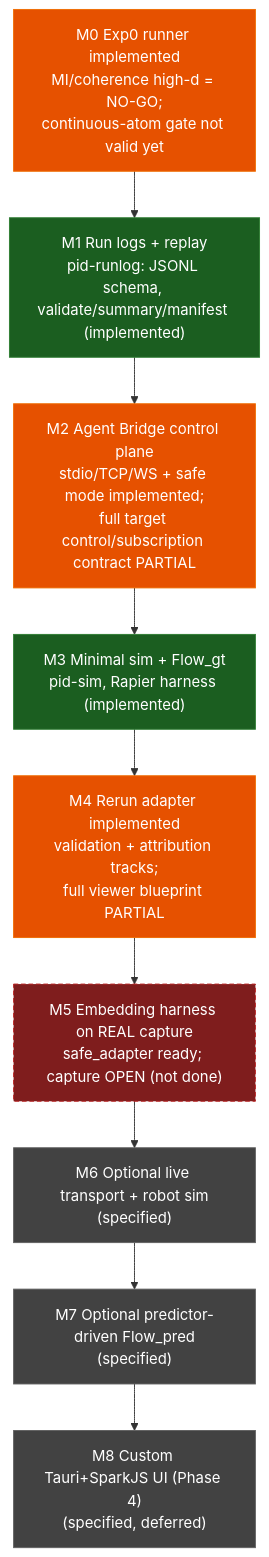
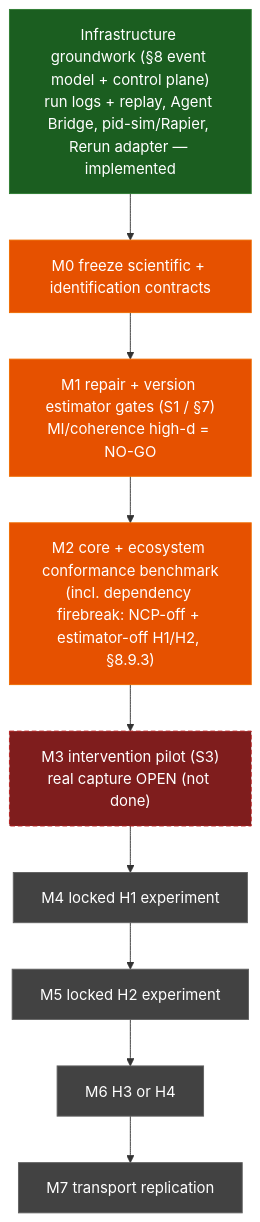
The third of 18 diagrams in DIAGRAMS.md (sepahead/prisoma), drawn with Mermaid before and after one commit. The commit also changed other lines of this file and 22 other files, not shown here.

````diff
--- a/DIAGRAMS.md
+++ b/DIAGRAMS.md
@@ -103,19 +103,20 @@
 ```mermaid
 flowchart TD
     classDef done fill:#1b5e20,stroke:#2e7d32,color:#fff;
     classDef partial fill:#e65100,stroke:#ef6c00,color:#fff;
     classDef active fill:#7f1d1d,stroke:#b71c1c,color:#fff,stroke-dasharray:5 3;
     classDef spec fill:#424242,stroke:#616161,color:#fff;
 
-    M0["M0 Exp0 runner implemented<br/>MI/coherence high-d = NO-GO;<br/>continuous-atom gate not valid yet"]:::partial
-    M1["M1 Run logs + replay<br/>pid-runlog: JSONL schema, validate/summary/manifest (implemented)"]:::done
-    M2["M2 Agent Bridge control plane<br/>stdio/TCP/WS + safe mode implemented;<br/>full target control/subscription contract PARTIAL"]:::partial
-    M3["M3 Minimal sim + Flow_gt<br/>pid-sim, Rapier harness (implemented)"]:::done
-    M4["M4 Rerun adapter implemented<br/>validation + attribution tracks;<br/>full viewer blueprint PARTIAL"]:::partial
-    M5["M5 Embedding harness on REAL capture<br/>safe_adapter ready; capture OPEN (not done)"]:::active
-    M6["M6 Optional live transport + robot sim<br/>(specified)"]:::spec
-    M7["M7 Optional predictor-driven Flow_pred<br/>(specified)"]:::spec
-    M8["M8 Custom Tauri+SparkJS UI (Phase 4)<br/>(specified, deferred)"]:::spec
+    Infra["Infrastructure groundwork (§8 event model + control plane)<br/>run logs + replay, Agent Bridge, pid-sim/Rapier, Rerun adapter — implemented"]:::done
 
-    M0 --> M1 --> M2 --> M3 --> M4 --> M5 --> M6 --> M7 --> M8
+    M0["M0 freeze scientific + identification contracts"]:::partial
+    M1["M1 repair + version estimator gates (S1 / §7)<br/>MI/coherence high-d = NO-GO"]:::partial
+    M2["M2 core + ecosystem conformance benchmark<br/>(incl. dependency firebreak: NCP-off + estimator-off H1/H2, §8.9.3)"]:::partial
+    M3["M3 intervention pilot (S3)<br/>real capture OPEN (not done)"]:::active
+    M4["M4 locked H1 experiment"]:::spec
+    M5["M5 locked H2 experiment"]:::spec
+    M6["M6 H3 or H4"]:::spec
+    M7["M7 transport replication"]:::spec
+
+    Infra --> M0 --> M1 --> M2 --> M3 --> M4 --> M5 --> M6 --> M7
 ```
````
